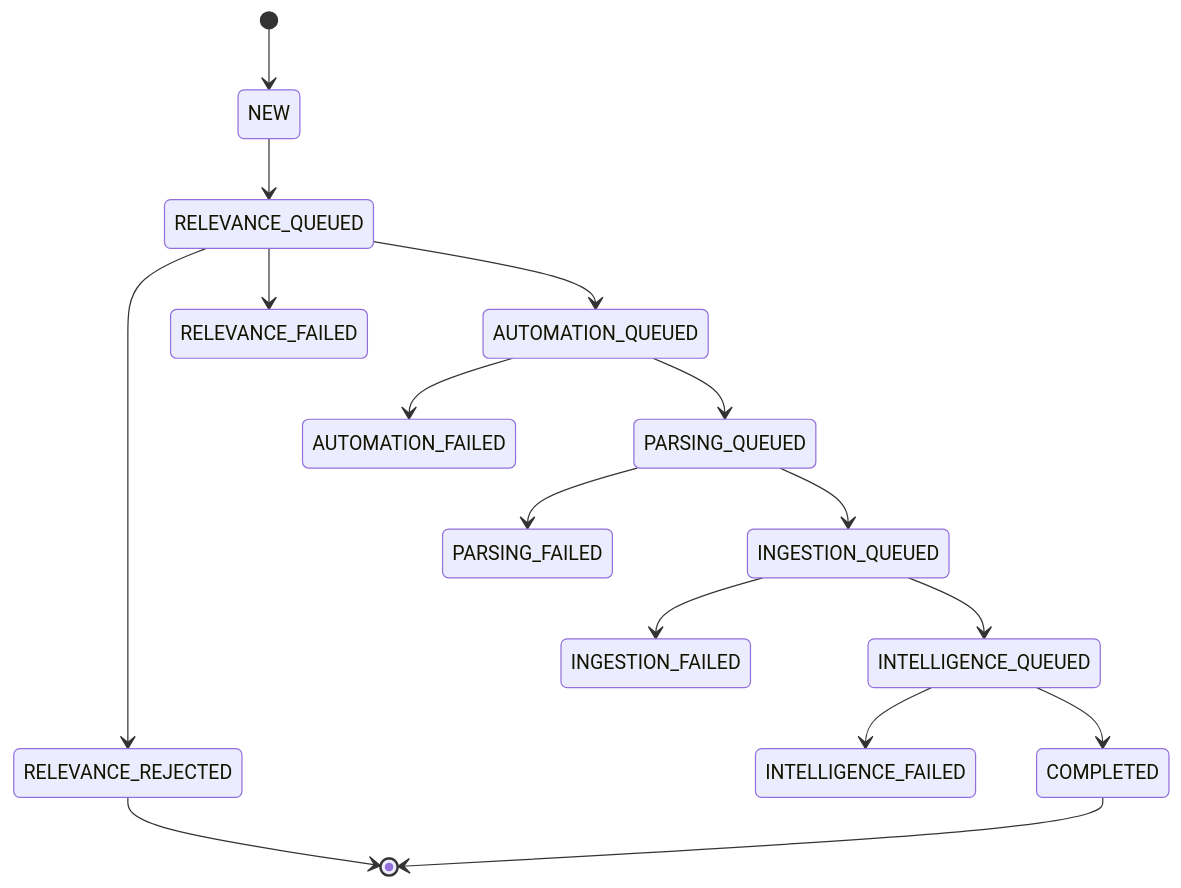
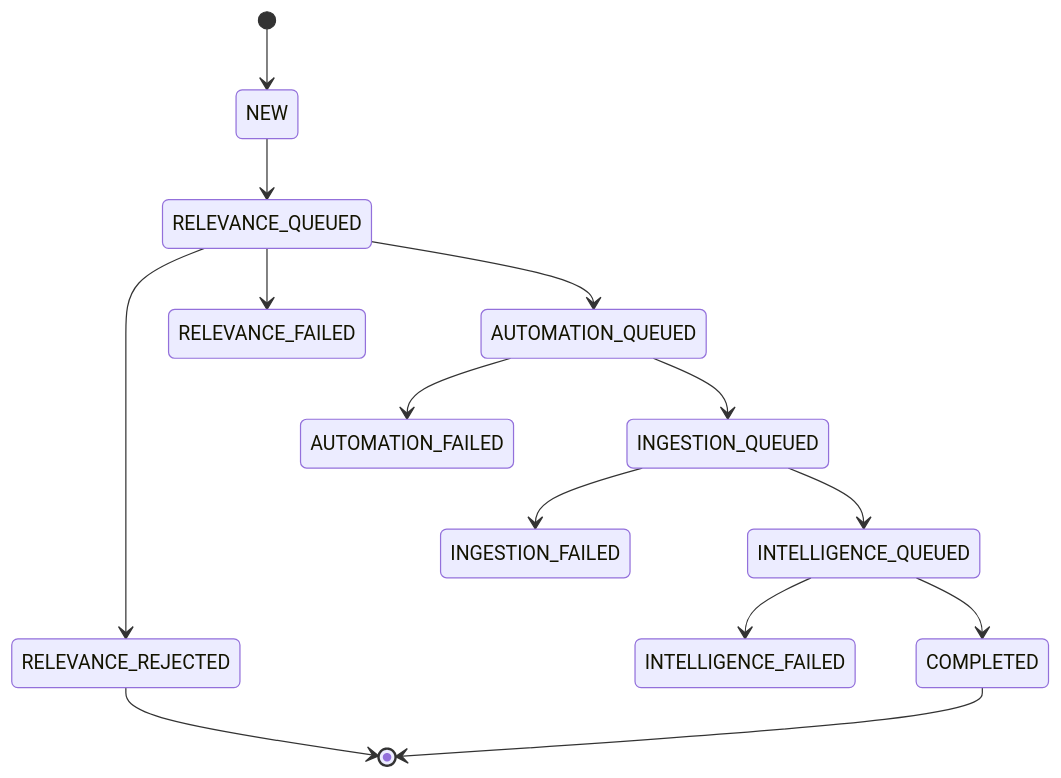
One commit to Bidyut-Kr-Das/tender-executive-dashboard changed the third of 3 diagrams in docs/tender-lifecycle.md. Above: the diagram before and after it, drawn with Mermaid. The commit also changed other lines of this file and 88 other files, not shown here.

````diff
--- a/docs/tender-lifecycle.md
+++ b/docs/tender-lifecycle.md
@@ -319,18 +349,16 @@
 ```mermaid
 stateDiagram-v2
     [*] --> NEW
     NEW --> RELEVANCE_QUEUED
     RELEVANCE_QUEUED --> RELEVANCE_REJECTED
     RELEVANCE_QUEUED --> RELEVANCE_FAILED
     RELEVANCE_QUEUED --> AUTOMATION_QUEUED
     AUTOMATION_QUEUED --> AUTOMATION_FAILED
-    AUTOMATION_QUEUED --> PARSING_QUEUED
-    PARSING_QUEUED --> PARSING_FAILED
-    PARSING_QUEUED --> INGESTION_QUEUED
+    AUTOMATION_QUEUED --> INGESTION_QUEUED
     INGESTION_QUEUED --> INGESTION_FAILED
     INGESTION_QUEUED --> INTELLIGENCE_QUEUED
     INTELLIGENCE_QUEUED --> INTELLIGENCE_FAILED
     INTELLIGENCE_QUEUED --> COMPLETED
     RELEVANCE_REJECTED --> [*]
     COMPLETED --> [*]
 ```
````
